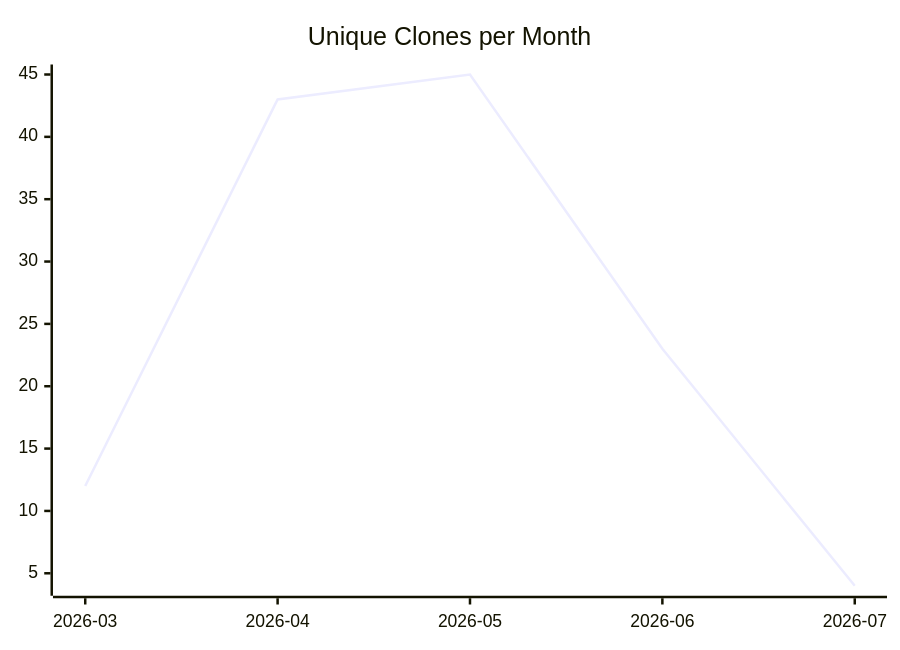
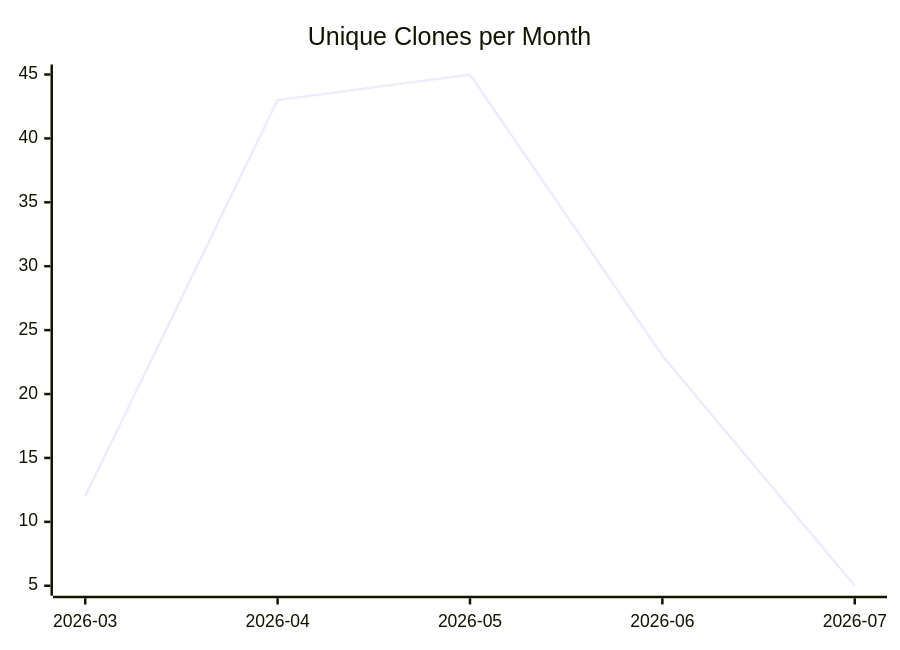
One commit to justdavis-family/github-analytics-data changed the third of 3 diagrams in karlmdavis/ksoap2-android/README.md. Above: the diagram before and after it, drawn with Mermaid. The commit also changed other lines of this file and 193 other files, not shown here.

````diff
--- a/karlmdavis/ksoap2-android/README.md
+++ b/karlmdavis/ksoap2-android/README.md
@@ -19,6 +19,6 @@
 ```mermaid
 xychart-beta
   title "Unique Clones per Month"
   x-axis ["2026-03", "2026-04", "2026-05", "2026-06", "2026-07"]
-  line [12, 43, 45, 23, 4]
+  line [12, 43, 45, 23, 5]
 ```
````
